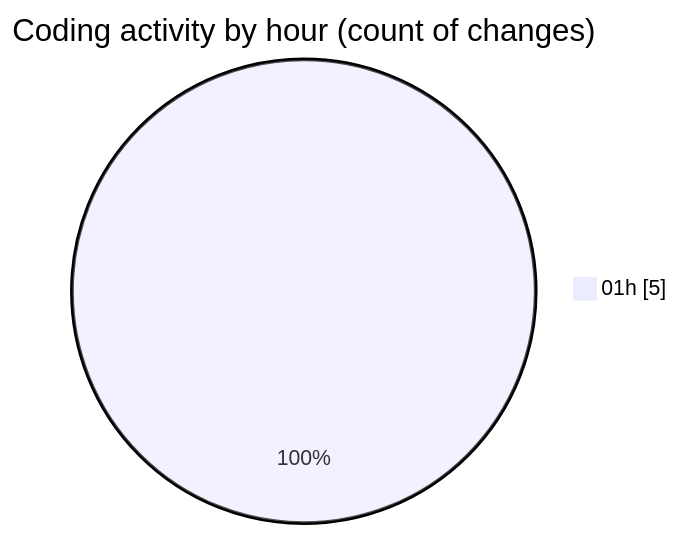
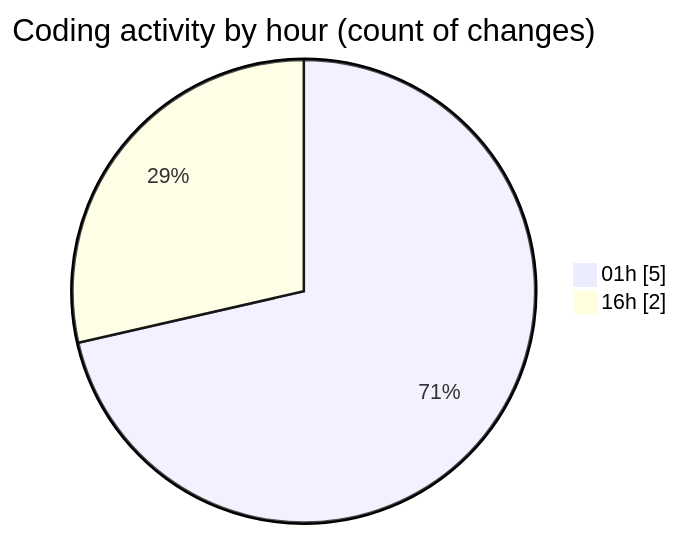
The second of 2 diagrams in 2026-07-19/shibass-ai/README.md (shibass792/code-tracking), drawn with Mermaid before and after one commit. The commit also changed other lines of this file and 1 other file, not shown here.

````diff
--- a/2026-07-19/shibass-ai/README.md
+++ b/2026-07-19/shibass-ai/README.md
@@ -29,5 +30,6 @@
 ```mermaid
 pie showData
 title Coding activity by hour (count of changes)
 "01h" : 5
+"16h" : 2
 ```
````
